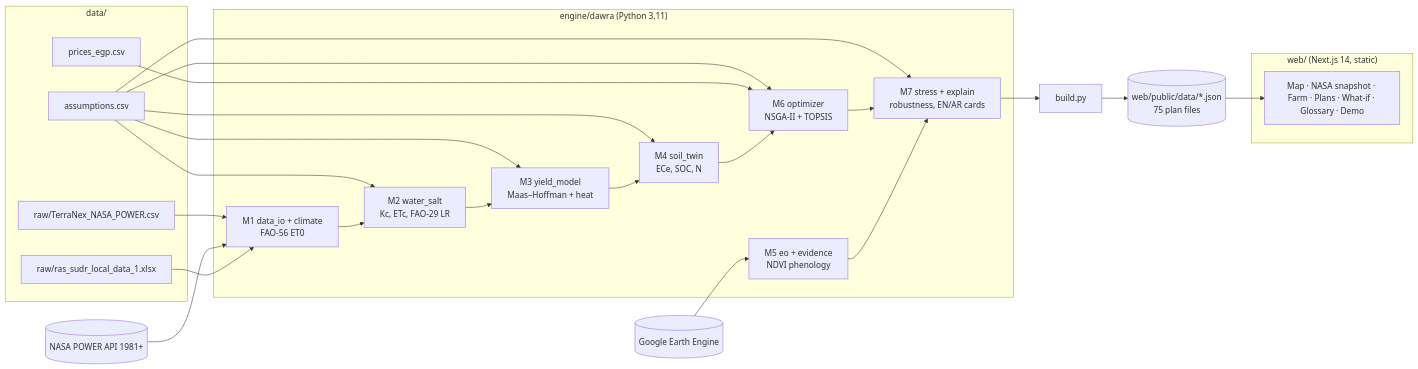
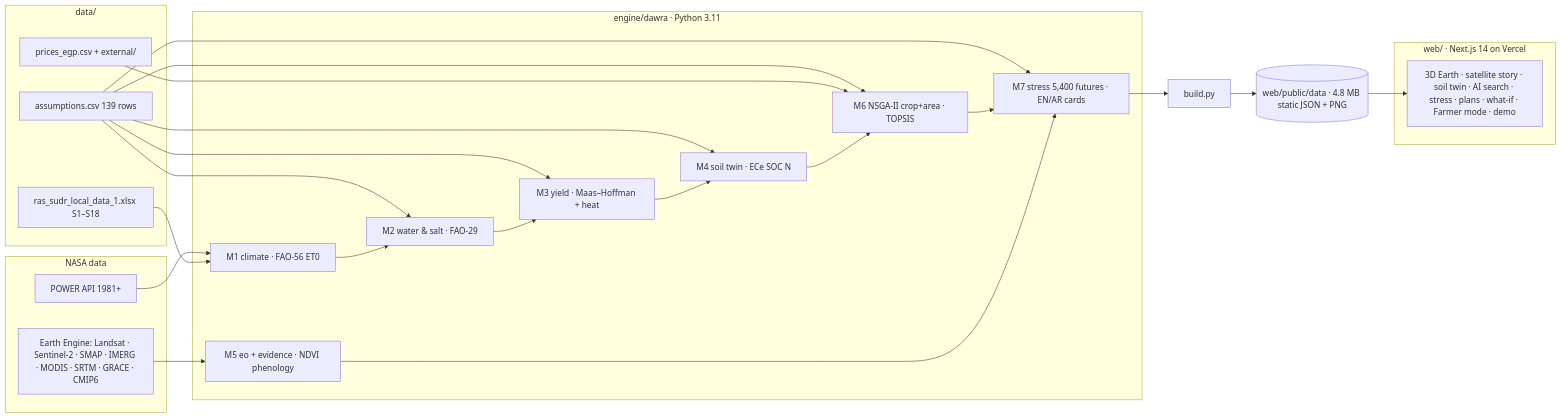
Before and after one commit to ELDEEP82/dawra-ai: the diagram in README.md, drawn with Mermaid. The commit also changed other lines of this file and 252 other files, not shown here.

Commit message:
Upgrade P4+P5: animated bilingual story site (3D Earth, satellite time-lapse, soil twin, AI search, stress futures, what-if lab, Farmer mode), Playwright QA, Lighthouse tuning, README with real results

````diff
--- a/README.md
+++ b/README.md
@@ -71,33 +81,33 @@
 ```mermaid
 flowchart LR
-  subgraph data["data/"]
-    R1[raw/TerraNex_NASA_POWER.csv]
-    R2[raw/ras_sudr_local_data_1.xlsx]
-    AS[assumptions.csv]
-    PR[prices_egp.csv]
+  subgraph nasa[NASA data]
+    P[POWER API 1981+]
+    G[Earth Engine: Landsat · Sentinel-2 · SMAP · IMERG · MODIS · SRTM · GRACE · CMIP6]
   end
-  API[(NASA POWER API 1981+)]
-  GEE[(Google Earth Engine)]
-  subgraph engine["engine/dawra (Python 3.11)"]
-    M1[M1 data_io + climate<br/>FAO-56 ET0]
-    M2[M2 water_salt<br/>Kc, ETc, FAO-29 LR]
-    M3[M3 yield_model<br/>Maas–Hoffman + heat]
-    M4[M4 soil_twin<br/>ECe, SOC, N]
-    M5[M5 eo + evidence<br/>NDVI phenology]
-    M6[M6 optimizer<br/>NSGA-II + TOPSIS]
-    M7[M7 stress + explain<br/>robustness, EN/AR cards]
+  subgraph local[data/]
+    X[ras_sudr_local_data_1.xlsx S1–S18]
+    A[assumptions.csv 139 rows]
+    PR[prices_egp.csv + external/]
   end
-  B[build.py] --> J[(web/public/data/*.json<br/>75 plan files)]
-  subgraph web["web/ (Next.js 14, static)"]
-    UI[Map · NASA snapshot · Farm · Plans · What-if · Glossary · Demo]
+  subgraph engine[engine/dawra · Python 3.11]
+    M1[M1 climate · FAO-56 ET0]
+    M2[M2 water & salt · FAO-29]
+    M3[M3 yield · Maas–Hoffman + heat]
+    M4[M4 soil twin · ECe SOC N]
+    M5[M5 eo + evidence · NDVI phenology]
+    M6[M6 NSGA-II crop+area · TOPSIS]
+    M7[M7 stress 5,400 futures · EN/AR cards]
   end
-  R1 --> M1
-  API --> M1
-  R2 --> M1
-  GEE --> M5
-  AS --> M2 & M3 & M4 & M6 & M7
+  B[build.py] --> J[(web/public/data · 4.8 MB static JSON + PNG)]
+  subgraph web[web/ · Next.js 14 on Vercel]
+    U[3D Earth · satellite story · soil twin · AI search · stress · plans · what-if · Farmer mode · demo]
+  end
+  P --> M1
+  G --> M5
+  X --> M1
+  A --> M2 & M3 & M4 & M6 & M7
   PR --> M6
   M1 --> M2 --> M3 --> M4 --> M6 --> M7 --> B
   M5 --> M7
-  J --> UI
+  J --> U
 ```
````
